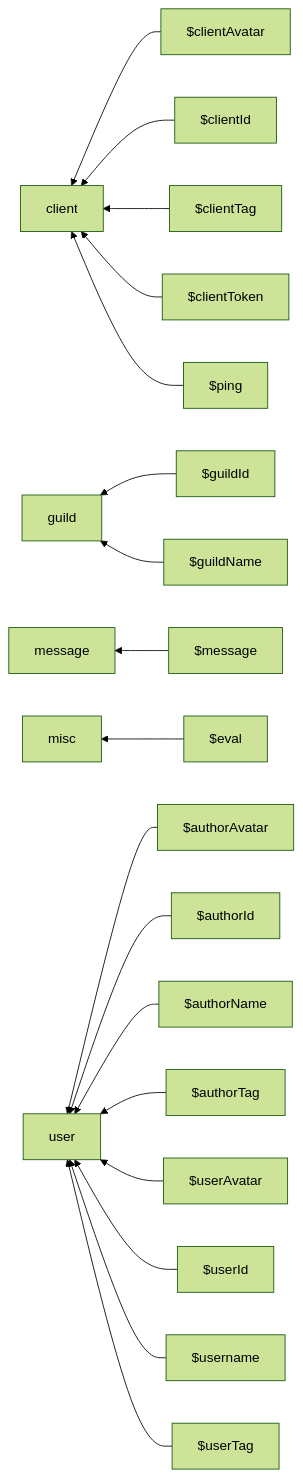
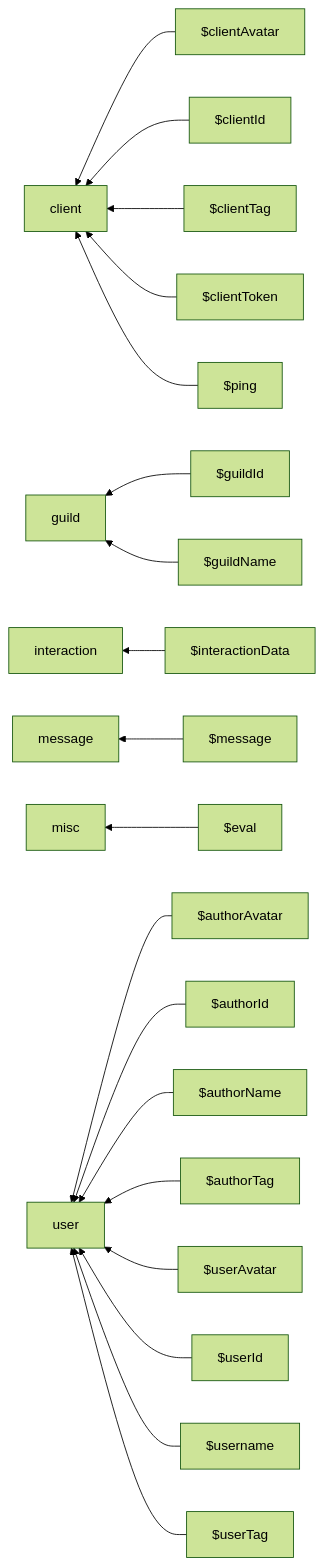
One commit to aoijs/aoi.js changed the diagram in src/functions/discord/README.md. Above: the diagram before and after it, drawn with Mermaid (forest theme). The commit also changed other lines of this file and 28 other files, not shown here.

````diff
--- a/src/functions/discord/README.md
+++ b/src/functions/discord/README.md
@@ -5,21 +5,22 @@
 ```mermaid
 graph RL;
 $clientAvatar --> client;
 $clientId --> client;
 $clientTag --> client;
 $clientToken --> client;
 $ping --> client;
 $guildId --> guild;
 $guildName --> guild;
+$interactionData --> interaction;
 $message --> message;
 $eval --> misc;
 $authorAvatar --> user;
 $authorId --> user;
 $authorName --> user;
 $authorTag --> user;
 $userAvatar --> user;
 $userId --> user;
 $username --> user;
 $userTag --> user;
 
 ```
````
